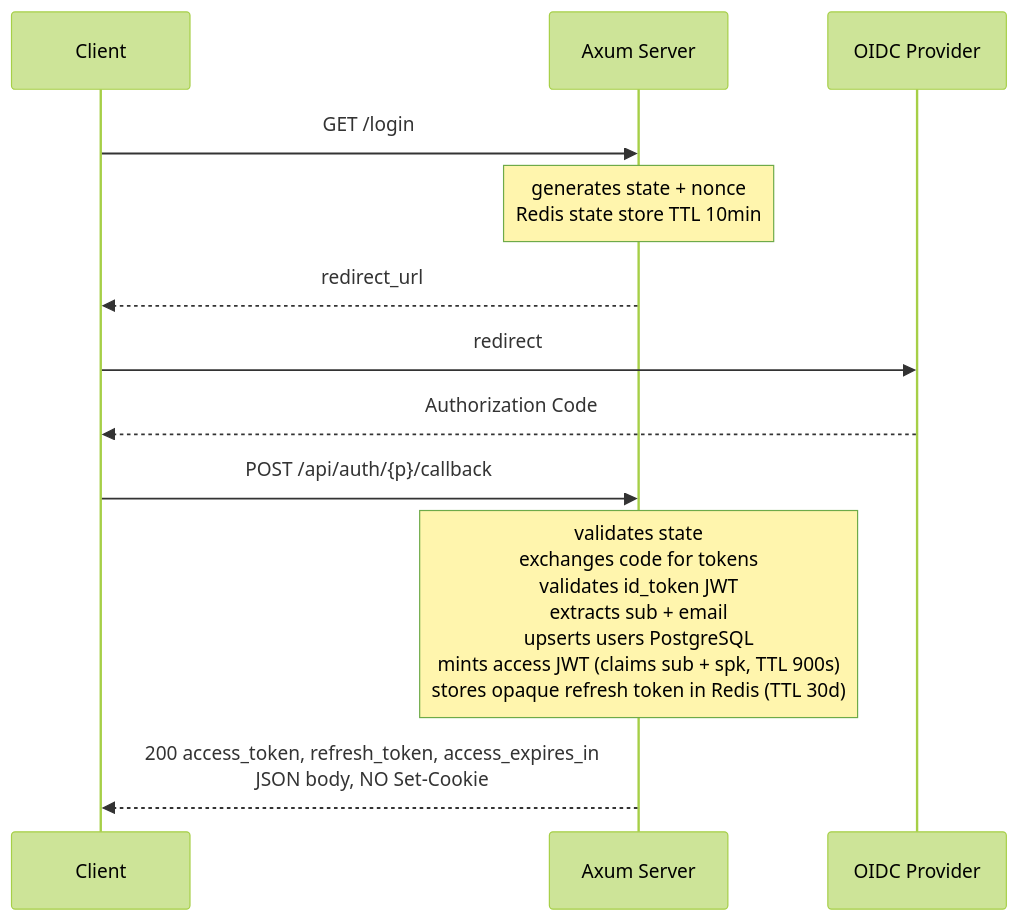
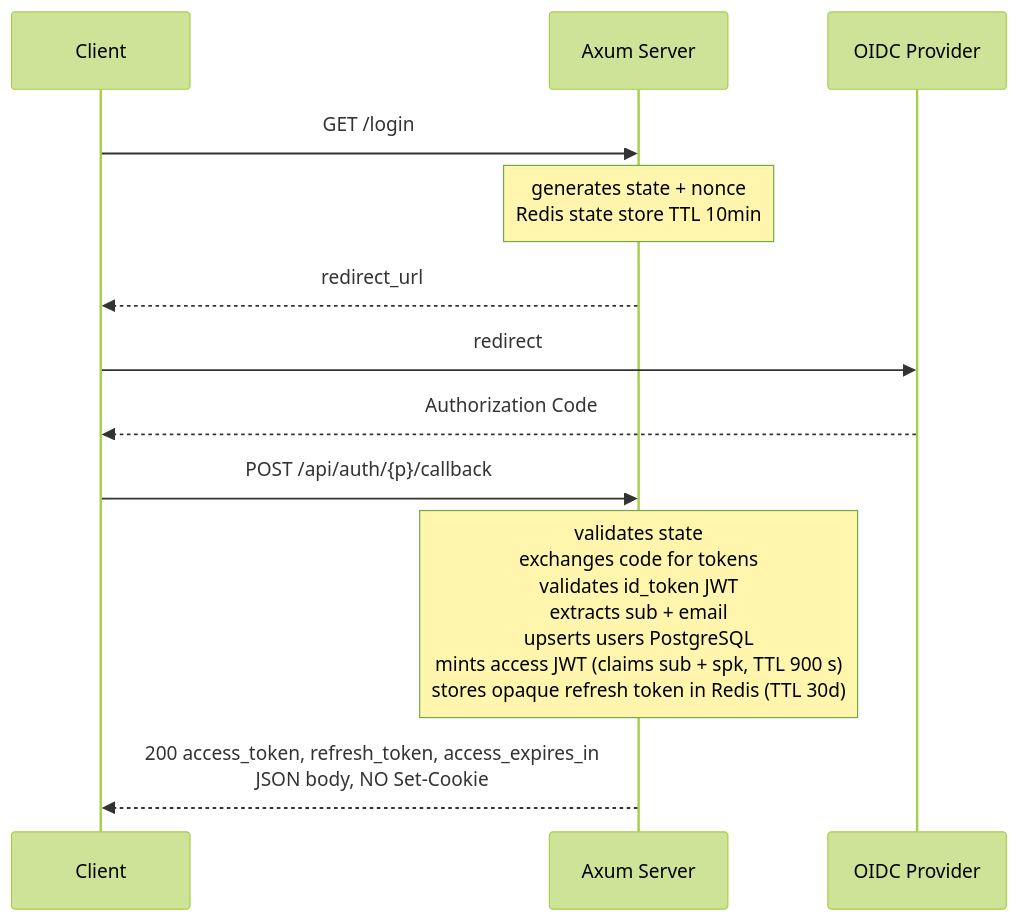
Before and after one commit to ambre-suite/ambre: the second of 3 diagrams in specs/1-Foundations/ambre-spec-server.md, drawn with Mermaid (forest theme). The commit also changed other lines of this file and 21 other files, not shown here.

````diff
--- a/specs/1-Foundations/ambre-spec-server.md
+++ b/specs/1-Foundations/ambre-spec-server.md
@@ -603,14 +603,14 @@
 ```mermaid
 sequenceDiagram
     participant C as Client
     participant A as Axum Server
     participant O as OIDC Provider
     C->>A: GET /login
     Note over A: generates state + nonce<br/>Redis state store TTL 10min
     A-->>C: redirect_url
     C->>O: redirect
     O-->>C: Authorization Code
     C->>A: POST /api/auth/{p}/callback
-    Note over A: validates state<br/>exchanges code for tokens<br/>validates id_token JWT<br/>extracts sub + email<br/>upserts users PostgreSQL<br/>mints access JWT (claims sub + spk, TTL 900s)<br/>stores opaque refresh token in Redis (TTL 30d)
+    Note over A: validates state<br/>exchanges code for tokens<br/>validates id_token JWT<br/>extracts sub + email<br/>upserts users PostgreSQL<br/>mints access JWT (claims sub + spk, TTL 900 s)<br/>stores opaque refresh token in Redis (TTL 30d)
     A-->>C: 200 access_token, refresh_token, access_expires_in<br/>JSON body, NO Set-Cookie
 ```
````
